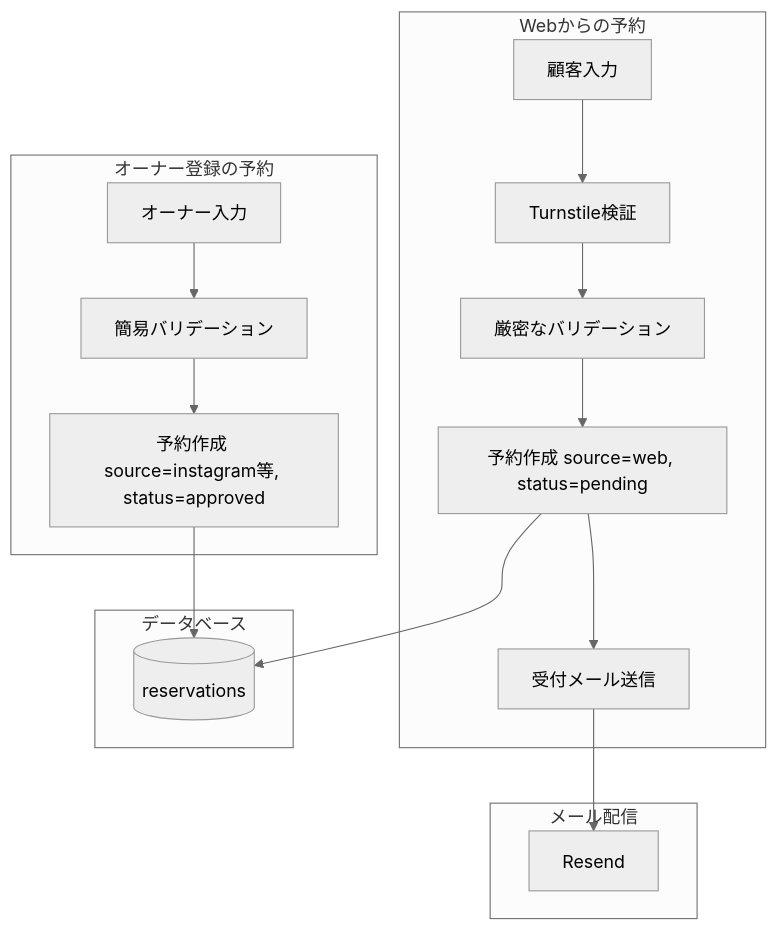
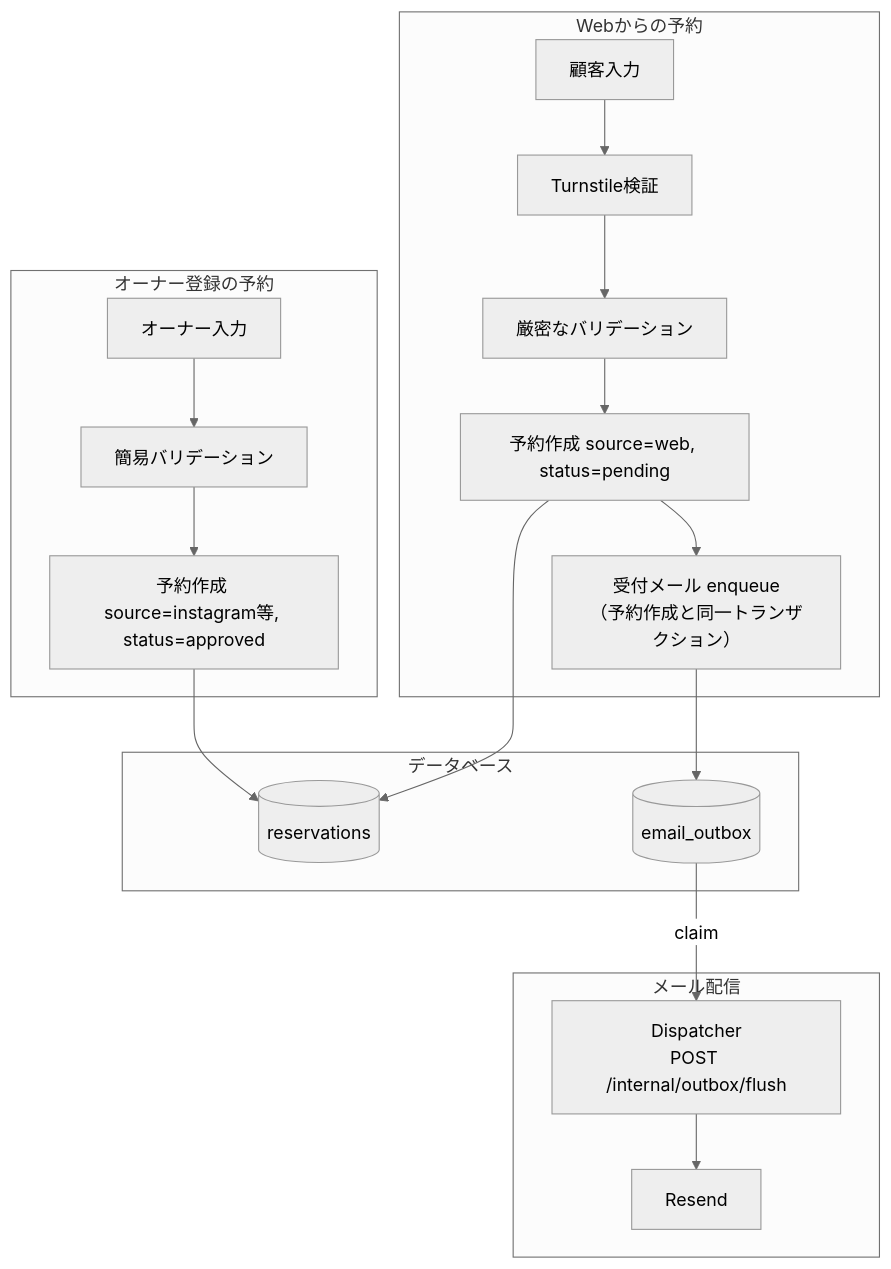
One commit to cergijame101007/satehits changed the eighth of 9 diagrams in docs/data_flow.md. Above: the diagram before and after it, drawn with Mermaid (neutral theme). The commit also changed other lines of this file, not shown here.

Commit message:
docs: data_flow.md のメール送信を email_outbox と Dispatcher 経由に合わせる

````diff
--- a/docs/data_flow.md
+++ b/docs/data_flow.md
@@ -254,28 +273,31 @@
 ```mermaid
 flowchart TB
     subgraph WebReservation[Webからの予約]
         WebInput[顧客入力]
         Turnstile[Turnstile検証]
         WebValidation[厳密なバリデーション]
         WebCreate[予約作成 source=web, status=pending]
-        WebMail[受付メール送信]
+        WebMail[受付メール enqueue<br/>（予約作成と同一トランザクション）]
     end
 
     subgraph AdminReservation[オーナー登録の予約]
         AdminInput[オーナー入力]
         AdminValidation[簡易バリデーション]
         AdminCreate[予約作成 source=instagram等, status=approved]
     end
 
     subgraph DB[データベース]
         ReservationsTable[(reservations)]
+        OutboxTable[(email_outbox)]
     end
 
     subgraph MailService[メール配信]
+        Dispatcher[Dispatcher<br/>POST /internal/outbox/flush]
         Resend[Resend]
     end
 
     WebInput --> Turnstile --> WebValidation --> WebCreate --> ReservationsTable
-    WebCreate --> WebMail --> Resend
+    WebCreate --> WebMail --> OutboxTable
+    OutboxTable -->|claim| Dispatcher --> Resend
     AdminInput --> AdminValidation --> AdminCreate --> ReservationsTable
 ```
````
